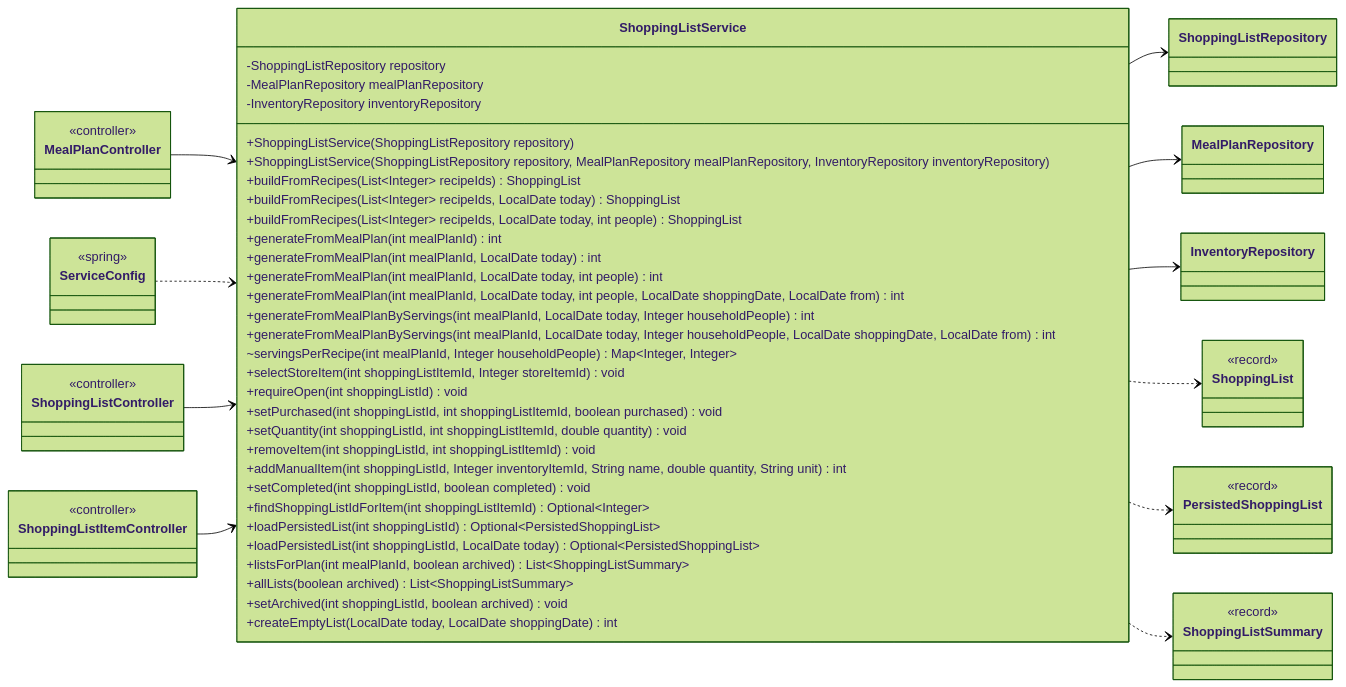
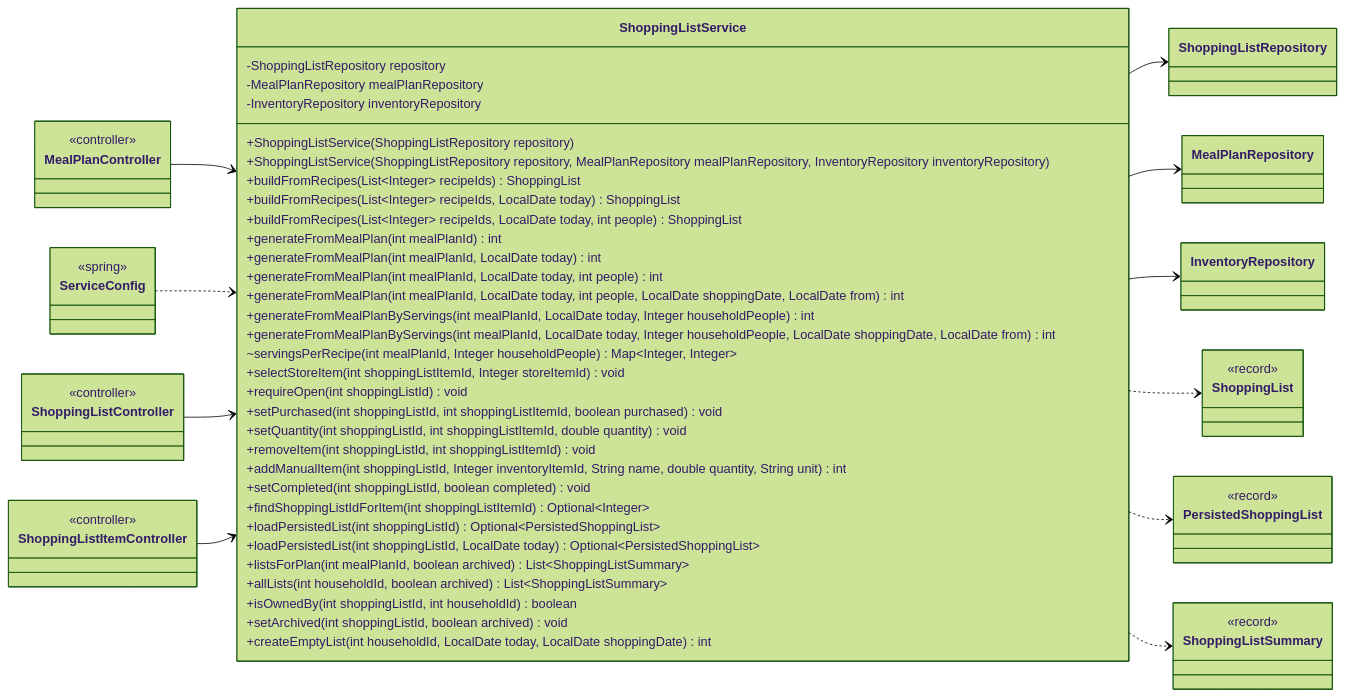
Before and after one commit to Nate-ryan-7690/dahaem: diagram 12 of 17 in docs/classes/shopping.md, drawn with Mermaid (forest theme). The commit also changed other lines of this file and 2 other files, not shown here.

````diff
--- a/docs/classes/shopping.md
+++ b/docs/classes/shopping.md
@@ -561,69 +563,70 @@
 ```mermaid
 classDiagram
     direction LR
     class shopping_ShoppingListService["ShoppingListService"] {
         -ShoppingListRepository repository
         -MealPlanRepository mealPlanRepository
         -InventoryRepository inventoryRepository
         +ShoppingListService(ShoppingListRepository repository)
         +ShoppingListService(ShoppingListRepository repository, MealPlanRepository mealPlanRepository, InventoryRepository inventoryRepository)
         +buildFromRecipes(List~Integer~ recipeIds) ShoppingList
         +buildFromRecipes(List~Integer~ recipeIds, LocalDate today) ShoppingList
         +buildFromRecipes(List~Integer~ recipeIds, LocalDate today, int people) ShoppingList
         +generateFromMealPlan(int mealPlanId) int
         +generateFromMealPlan(int mealPlanId, LocalDate today) int
         +generateFromMealPlan(int mealPlanId, LocalDate today, int people) int
         +generateFromMealPlan(int mealPlanId, LocalDate today, int people, LocalDate shoppingDate, LocalDate from) int
         +generateFromMealPlanByServings(int mealPlanId, LocalDate today, Integer householdPeople) int
         +generateFromMealPlanByServings(int mealPlanId, LocalDate today, Integer householdPeople, LocalDate shoppingDate, LocalDate from) int
         ~servingsPerRecipe(int mealPlanId, Integer householdPeople) Map~Integer, Integer~
         +selectStoreItem(int shoppingListItemId, Integer storeItemId) void
         +requireOpen(int shoppingListId) void
         +setPurchased(int shoppingListId, int shoppingListItemId, boolean purchased) void
         +setQuantity(int shoppingListId, int shoppingListItemId, double quantity) void
         +removeItem(int shoppingListId, int shoppingListItemId) void
         +addManualItem(int shoppingListId, Integer inventoryItemId, String name, double quantity, String unit) int
         +setCompleted(int shoppingListId, boolean completed) void
         +findShoppingListIdForItem(int shoppingListItemId) Optional~Integer~
         +loadPersistedList(int shoppingListId) Optional~PersistedShoppingList~
         +loadPersistedList(int shoppingListId, LocalDate today) Optional~PersistedShoppingList~
         +listsForPlan(int mealPlanId, boolean archived) List~ShoppingListSummary~
-        +allLists(boolean archived) List~ShoppingListSummary~
+        +allLists(int householdId, boolean archived) List~ShoppingListSummary~
+        +isOwnedBy(int shoppingListId, int householdId) boolean
         +setArchived(int shoppingListId, boolean archived) void
-        +createEmptyList(LocalDate today, LocalDate shoppingDate) int
+        +createEmptyList(int householdId, LocalDate today, LocalDate shoppingDate) int
     }
     class shopping_ShoppingListRepository["ShoppingListRepository"]
     class mealplanner_MealPlanRepository["MealPlanRepository"]
     class inventory_InventoryRepository["InventoryRepository"]
     class api_MealPlanController["MealPlanController"] {
         <<controller>>
     }
     class api_ShoppingListController["ShoppingListController"] {
         <<controller>>
     }
     class api_ShoppingListItemController["ShoppingListItemController"] {
         <<controller>>
     }
     class shopping_ShoppingList["ShoppingList"] {
         <<record>>
     }
     class shopping_PersistedShoppingList["PersistedShoppingList"] {
         <<record>>
     }
     class shopping_ShoppingListSummary["ShoppingListSummary"] {
         <<record>>
     }
     class api_ServiceConfig["ServiceConfig"] {
         <<spring>>
     }
     shopping_ShoppingListService --> shopping_ShoppingListRepository
     shopping_ShoppingListService --> mealplanner_MealPlanRepository
     shopping_ShoppingListService --> inventory_InventoryRepository
     shopping_ShoppingListService ..> shopping_ShoppingList
     shopping_ShoppingListService ..> shopping_PersistedShoppingList
     shopping_ShoppingListService ..> shopping_ShoppingListSummary
     api_MealPlanController --> shopping_ShoppingListService
     api_ServiceConfig ..> shopping_ShoppingListService
     api_ShoppingListController --> shopping_ShoppingListService
     api_ShoppingListItemController --> shopping_ShoppingListService
 ```
````
